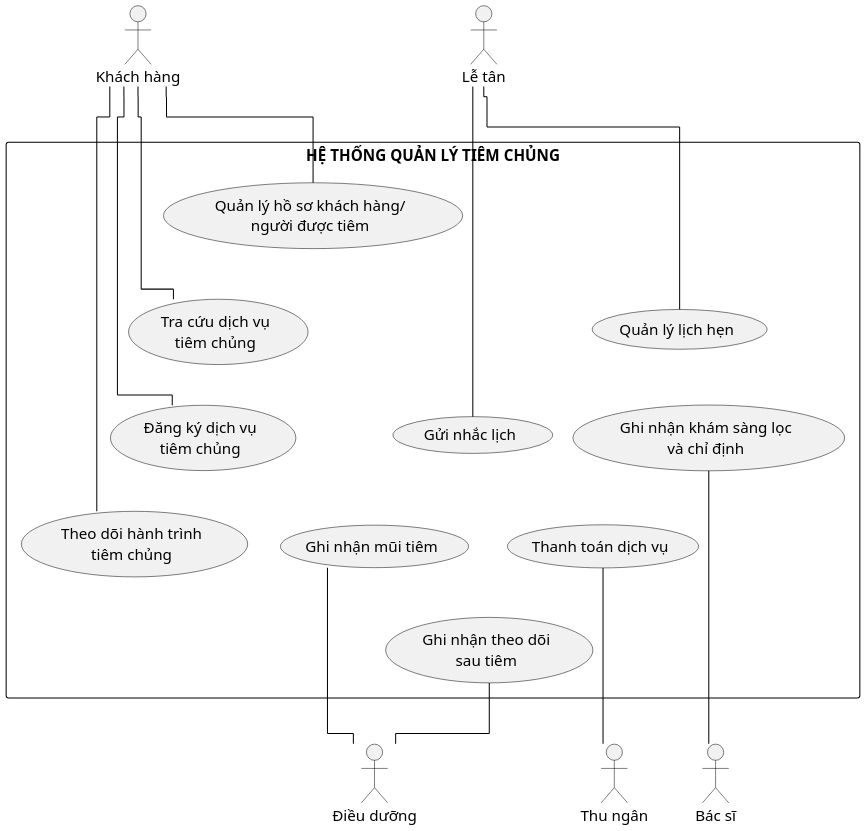
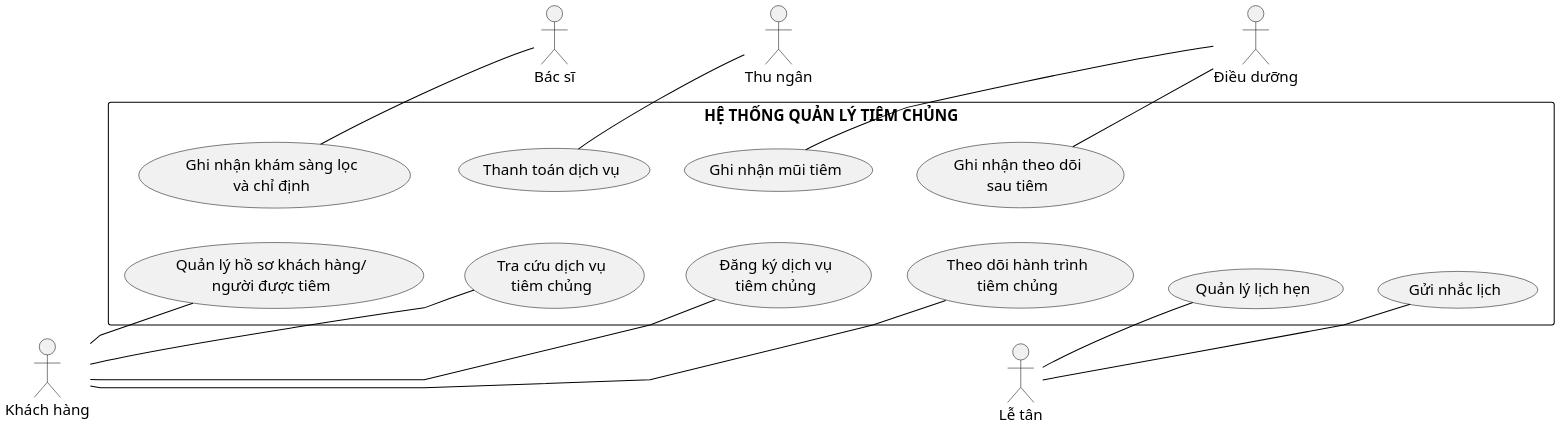
One commit to datngo1203/KLCN-QuanLyTiemChung changed the diagram in docs/thesis/uml/Hinh_2_9_System_Use_Case_Tong_Quan.puml. Above: the diagram before and after it, drawn with PlantUML.

Commit message:
docs(thesis): implement approved Hinh 2.9 layout

```diff
--- a/docs/thesis/uml/Hinh_2_9_System_Use_Case_Tong_Quan.puml
+++ b/docs/thesis/uml/Hinh_2_9_System_Use_Case_Tong_Quan.puml
@@ -1,84 +1,92 @@
 @startuml
-!pragma layout elk
 ' THESIS-R1 — Hình 2.9 System Use Case summary
-' One visible symbol per actor. ELK orthogonal routing with compact grid layout.
+' Visual contract: approved layout prototype v3.
+' Semantics are locked in SCOPE.md; hidden links below are layout-only.
 skinparam monochrome true
 skinparam shadowing false
 skinparam backgroundColor white
 skinparam defaultFontName "Times New Roman"
 skinparam defaultFontSize 15
 skinparam ArrowColor black
 skinparam ActorBorderColor black
 skinparam UsecaseBorderColor black
 skinparam RectangleBorderColor black
-skinparam linetype ortho
-skinparam nodesep 28
-skinparam ranksep 28
+skinparam linetype polyline
+skinparam nodesep 34
+skinparam ranksep 34
 skinparam dpi 180
 
-top to bottom direction
+left to right direction
 
 actor "Khách hàng" as Customer
+actor "Lễ tân" as Reception
 
 rectangle "HỆ THỐNG QUẢN LÝ TIÊM CHỦNG" as SystemBoundary {
+  ' Customer-facing cluster — top to bottom
   usecase "Quản lý hồ sơ khách hàng/\nngười được tiêm" as UC09
+  usecase "Tra cứu dịch vụ\ntiêm chủng" as UC10
+  usecase "Đăng ký dịch vụ\ntiêm chủng" as UC11
+  usecase "Theo dõi hành trình\ntiêm chủng" as UC19
+
+  ' Reception cluster — lower than Customer cluster
   usecase "Quản lý lịch hẹn" as UC12
+  usecase "Gửi nhắc lịch" as UC13
+
+  ' Clinical cluster — top to bottom, reading order only
   usecase "Ghi nhận khám sàng lọc\nvà chỉ định" as UC15
-
-  usecase "Tra cứu dịch vụ\ntiêm chủng" as UC10
-  usecase "Gửi nhắc lịch" as UC13
   usecase "Thanh toán dịch vụ" as UC16
-
-  usecase "Đăng ký dịch vụ\ntiêm chủng" as UC11
   usecase "Ghi nhận mũi tiêm" as UC17
   usecase "Ghi nhận theo dõi\nsau tiêm" as UC18
 
-  usecase "Theo dõi hành trình\ntiêm chủng" as UC19
-
-  ' Grid constraints only — no semantic meaning.
-  UC09 -[hidden]right- UC12
-  UC12 -[hidden]right- UC15
-
-  UC10 -[hidden]right- UC13
-  UC13 -[hidden]right- UC16
-
-  UC11 -[hidden]right- UC17
-  UC17 -[hidden]right- UC18
-
+  ' Vertical stacks.
   UC09 -[hidden]down- UC10
   UC10 -[hidden]down- UC11
   UC11 -[hidden]down- UC19
 
   UC12 -[hidden]down- UC13
-  UC13 -[hidden]down- UC17
 
   UC15 -[hidden]down- UC16
-  UC16 -[hidden]down- UC18
+  UC16 -[hidden]down- UC17
+  UC17 -[hidden]down- UC18
+
+  ' Horizontal grouping: customer/reception cluster left, clinical cluster right.
+  UC09 -[hidden]right- UC15
+  UC10 -[hidden]right- UC16
+  UC11 -[hidden]right- UC17
+  UC19 -[hidden]right- UC18
+
+  ' Keep Reception cluster below Customer cluster without semantic relation.
+  UC19 -[hidden]down- UC12
 }
 
-actor "Lễ tân" as Reception
 actor "Bác sĩ" as Doctor
 actor "Thu ngân" as Cashier
 actor "Điều dưỡng" as Nurse
 
-' Layout anchors only.
+' Actor column ordering only.
+Customer -[hidden]down- Reception
+Doctor -[hidden]down- Cashier
+Cashier -[hidden]down- Nurse
+
+' Actor placement anchors only.
 Customer -[hidden]right- UC10
-Reception -[hidden]down- UC12
+Reception -[hidden]right- UC12
 UC15 -[hidden]right- Doctor
 UC16 -[hidden]right- Cashier
 UC17 -[hidden]right- Nurse
 
 ' Primary/representative actor associations only.
 Customer -- UC09
 Customer -- UC10
 Customer -- UC11
 Customer -- UC19
 
 Reception -- UC12
 Reception -- UC13
+
 UC15 -- Doctor
 UC16 -- Cashier
 UC17 -- Nurse
 UC18 -- Nurse
 
 @enduml
```
